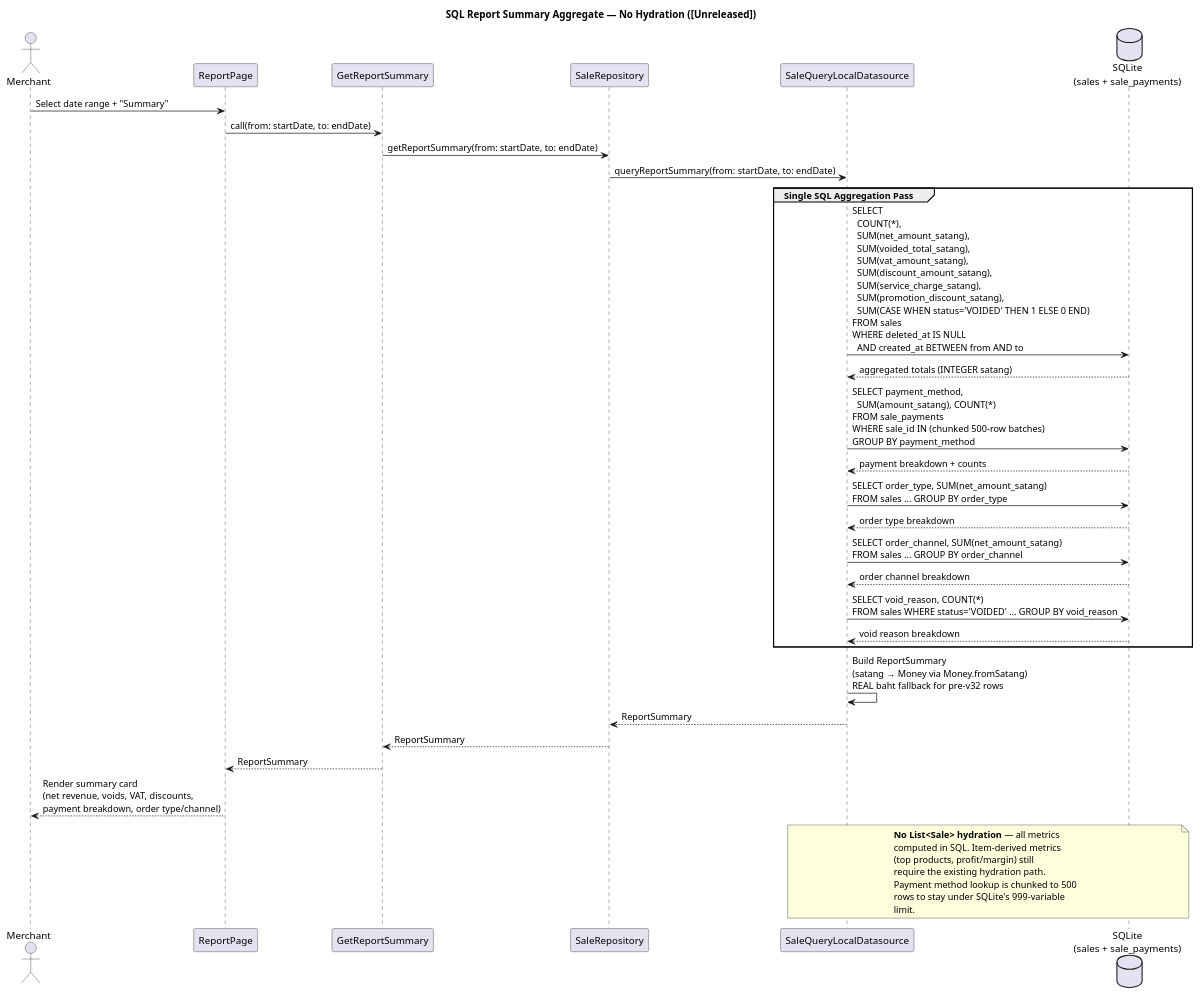
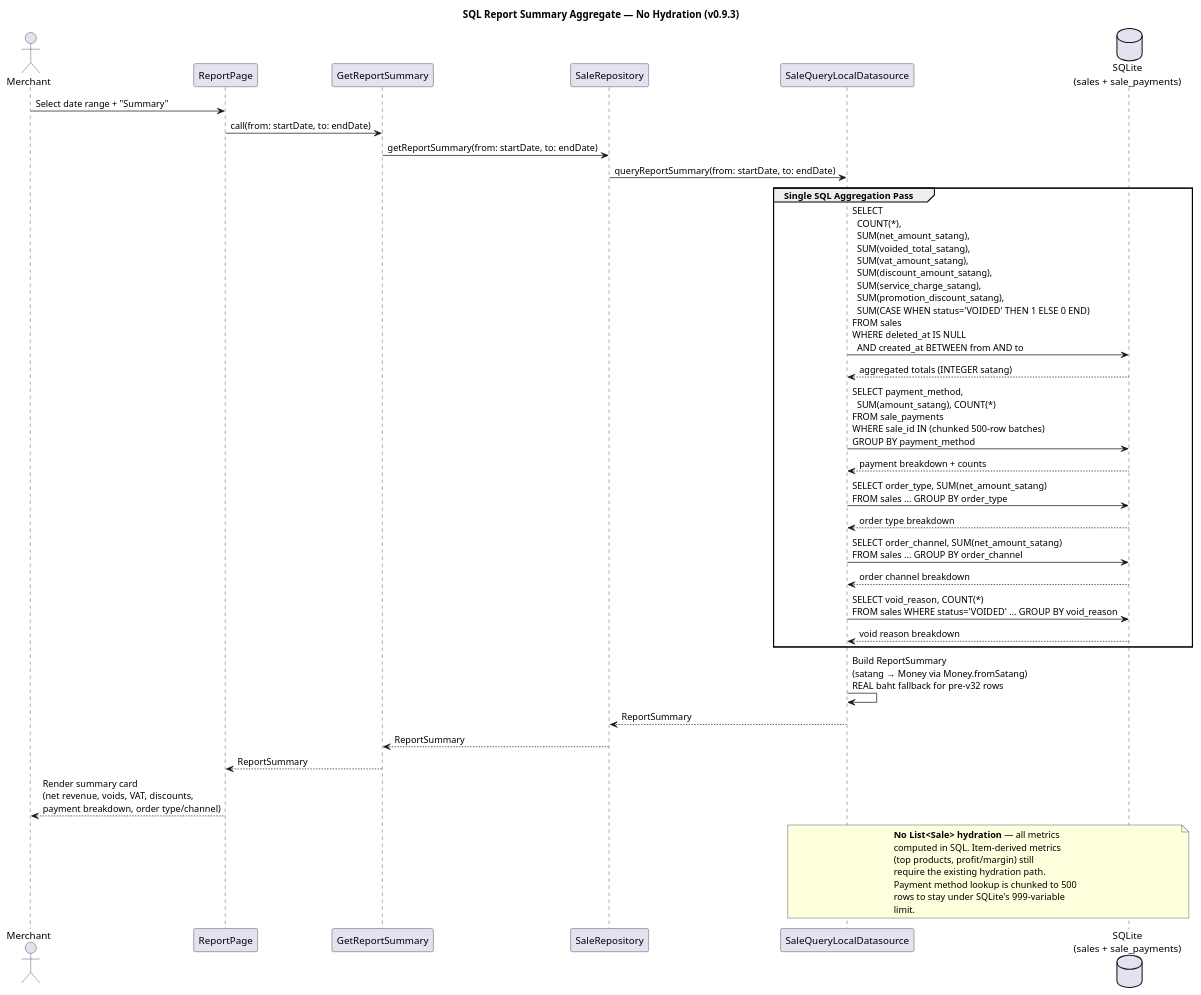
Before and after one commit to MN-Lizard-Team/promsell-pos-ce: the diagram in docs/architecture/puml/sequence-report-summary.puml, drawn with PlantUML. The commit also changed 70 other files, not shown here.

```diff
--- a/docs/architecture/puml/sequence-report-summary.puml
+++ b/docs/architecture/puml/sequence-report-summary.puml
@@ -1,49 +1,49 @@
 @startuml Sequence_ReportSummary
-title SQL Report Summary Aggregate — No Hydration ([Unreleased])
+title SQL Report Summary Aggregate — No Hydration (v0.9.3)
 
 actor Merchant
 participant "ReportPage" as UI
 participant "GetReportSummary" as UC
 participant "SaleRepository" as Repo
 participant "SaleQueryLocalDatasource" as DS
 database "SQLite\n(sales + sale_payments)" as DB
 
 Merchant -> UI: Select date range + "Summary"
 UI -> UC: call(from: startDate, to: endDate)
 UC -> Repo: getReportSummary(from: startDate, to: endDate)
 Repo -> DS: queryReportSummary(from: startDate, to: endDate)
 
 group Single SQL Aggregation Pass
     DS -> DB: SELECT\n  COUNT(*),\n  SUM(net_amount_satang),\n  SUM(voided_total_satang),\n  SUM(vat_amount_satang),\n  SUM(discount_amount_satang),\n  SUM(service_charge_satang),\n  SUM(promotion_discount_satang),\n  SUM(CASE WHEN status='VOIDED' THEN 1 ELSE 0 END)\nFROM sales\nWHERE deleted_at IS NULL\n  AND created_at BETWEEN from AND to
     DB --> DS: aggregated totals (INTEGER satang)
 
     DS -> DB: SELECT payment_method,\n  SUM(amount_satang), COUNT(*)\nFROM sale_payments\nWHERE sale_id IN (chunked 500-row batches)\nGROUP BY payment_method
     DB --> DS: payment breakdown + counts
 
     DS -> DB: SELECT order_type, SUM(net_amount_satang)\nFROM sales ... GROUP BY order_type
     DB --> DS: order type breakdown
 
     DS -> DB: SELECT order_channel, SUM(net_amount_satang)\nFROM sales ... GROUP BY order_channel
     DB --> DS: order channel breakdown
 
     DS -> DB: SELECT void_reason, COUNT(*)\nFROM sales WHERE status='VOIDED' ... GROUP BY void_reason
     DB --> DS: void reason breakdown
 end
 
 DS -> DS: Build ReportSummary\n(satang → Money via Money.fromSatang)\nREAL baht fallback for pre-v32 rows
 DS --> Repo: ReportSummary
 Repo --> UC: ReportSummary
 UC --> UI: ReportSummary
 UI --> Merchant: Render summary card\n(net revenue, voids, VAT, discounts,\npayment breakdown, order type/channel)
 
 note over DS, DB
   **No List<Sale> hydration** — all metrics
   computed in SQL. Item-derived metrics
   (top products, profit/margin) still
   require the existing hydration path.
   Payment method lookup is chunked to 500
   rows to stay under SQLite's 999-variable
   limit.
 end note
 
 @enduml
```
